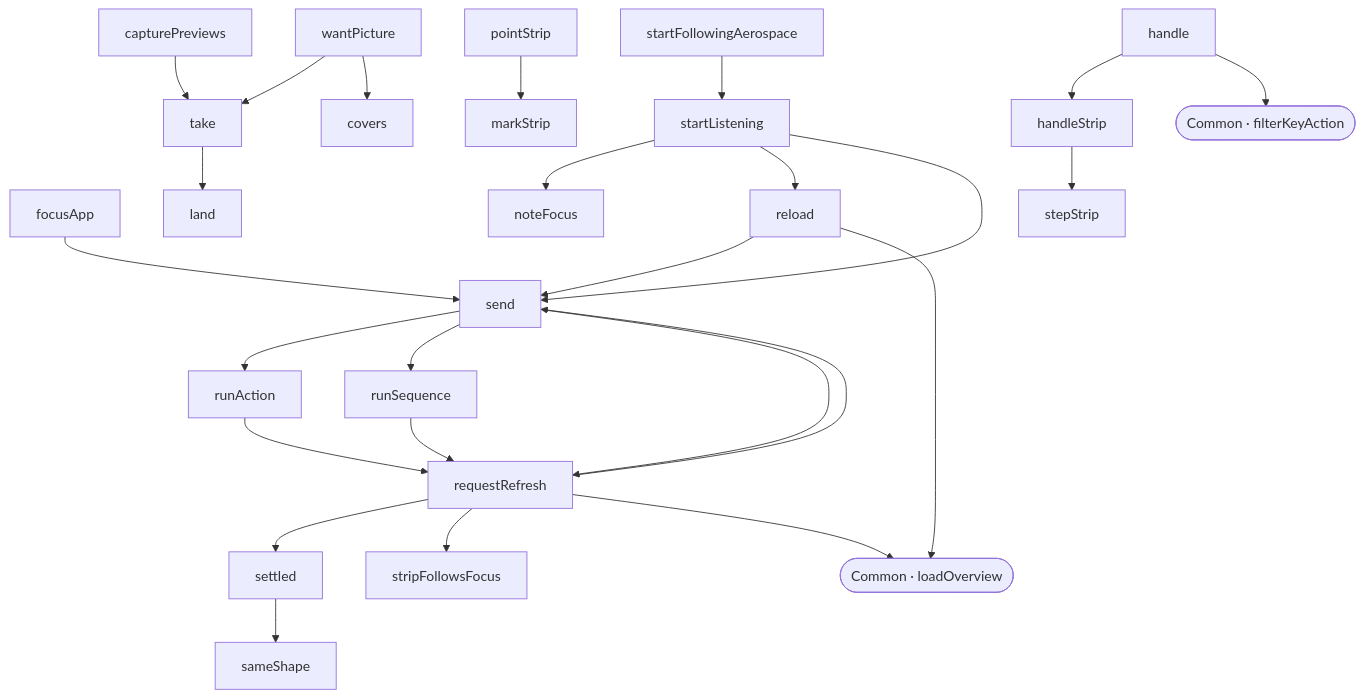
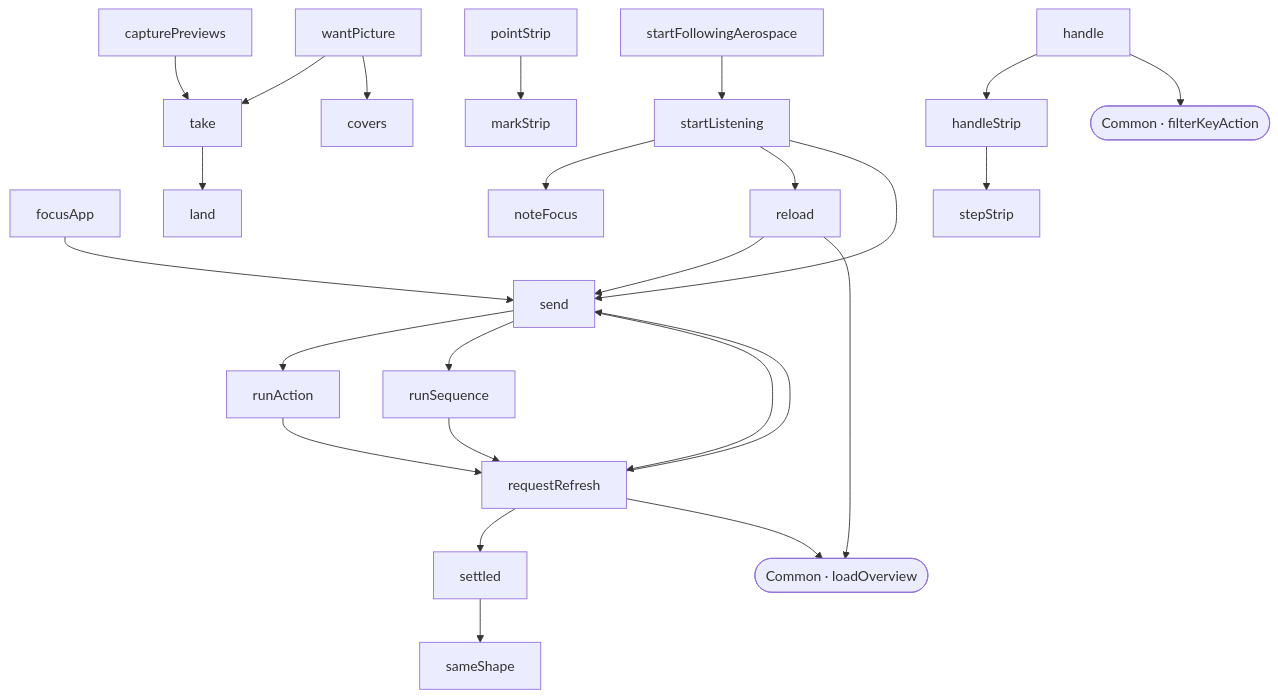
One commit to kim-raaschou/AeroControl changed the fourth of 5 diagrams in docs/architecture.md. Above: the diagram before and after it, drawn with Mermaid. The commit also changed other lines of this file and 5 other files, not shown here.

First line of the commit message:
The strip follows AeroSpace's focus from the event

````diff
--- a/docs/architecture.md
+++ b/docs/architecture.md
@@ -214,52 +214,50 @@
 ```mermaid
 flowchart TD
     s_capturePreviews["capturePreviews"]
     s_covers["covers"]
     s_focusApp["focusApp"]
     s_handle["handle"]
     s_handleStrip["handleStrip"]
     s_land["land"]
     s_markStrip["markStrip"]
     s_noteFocus["noteFocus"]
     s_pointStrip["pointStrip"]
     s_reload["reload"]
     s_requestRefresh["requestRefresh"]
     s_runAction["runAction"]
     s_runSequence["runSequence"]
     s_sameShape["sameShape"]
     s_send["send"]
     s_settled["settled"]
     s_startFollowingAerospace["startFollowingAerospace"]
     s_startListening["startListening"]
     s_stepStrip["stepStrip"]
-    s_stripFollowsFocus["stripFollowsFocus"]
     s_take["take"]
     s_wantPicture["wantPicture"]
     c_loadOverview(["Common · loadOverview"])
     c_filterKeyAction(["Common · filterKeyAction"])
     s_capturePreviews --> s_take
     s_focusApp --> s_send
     s_handle --> s_handleStrip
     s_handle --> c_filterKeyAction
     s_handleStrip --> s_stepStrip
     s_pointStrip --> s_markStrip
     s_reload --> s_send
     s_reload --> c_loadOverview
     s_requestRefresh --> s_send
     s_requestRefresh --> s_settled
-    s_requestRefresh --> s_stripFollowsFocus
     s_requestRefresh --> c_loadOverview
     s_runAction --> s_requestRefresh
     s_runSequence --> s_requestRefresh
     s_send --> s_runAction
     s_send --> s_runSequence
     s_send --> s_requestRefresh
     s_settled --> s_sameShape
     s_startFollowingAerospace --> s_startListening
     s_startListening --> s_noteFocus
     s_startListening --> s_reload
     s_startListening --> s_send
     s_take --> s_land
     s_wantPicture --> s_take
     s_wantPicture --> s_covers
 ```
````
